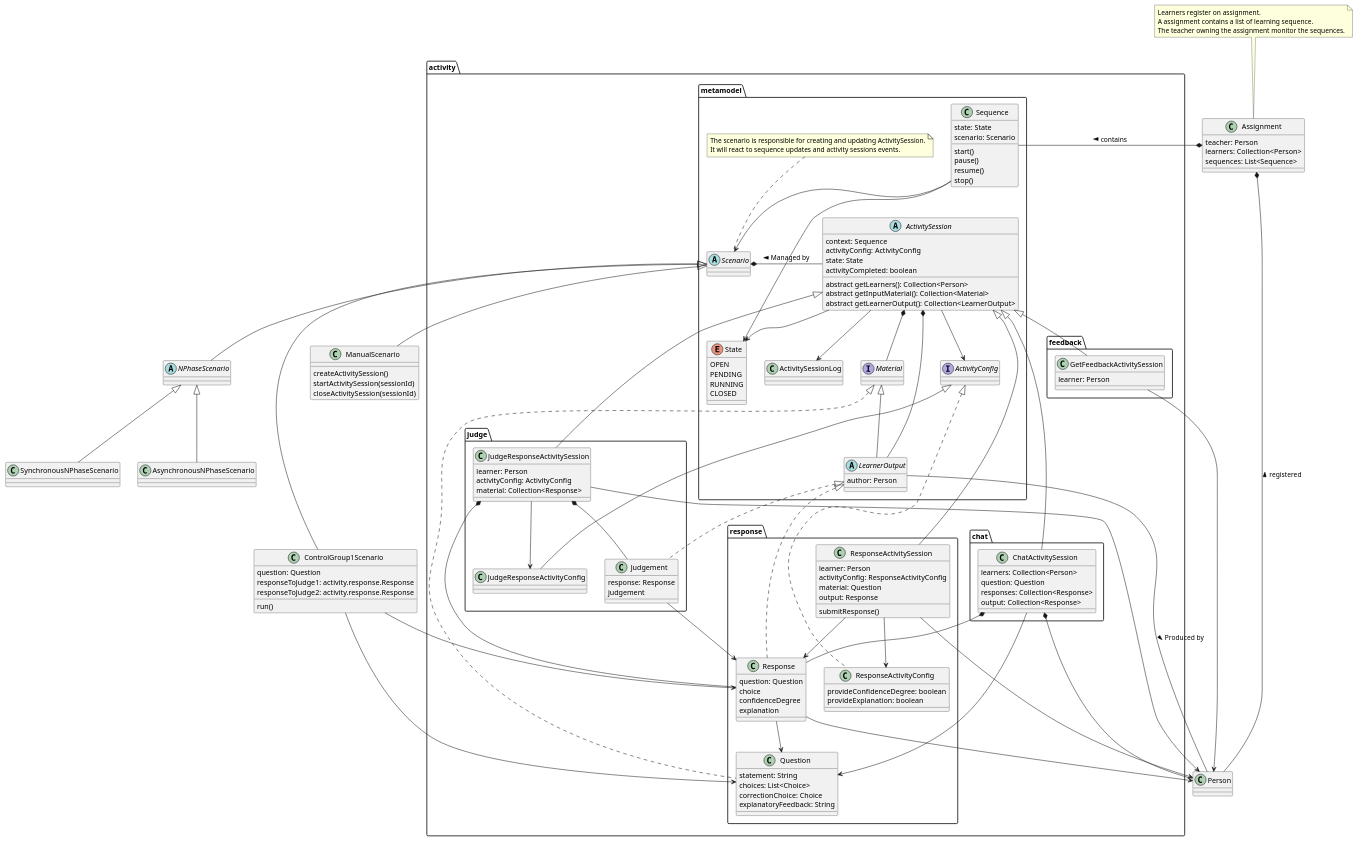
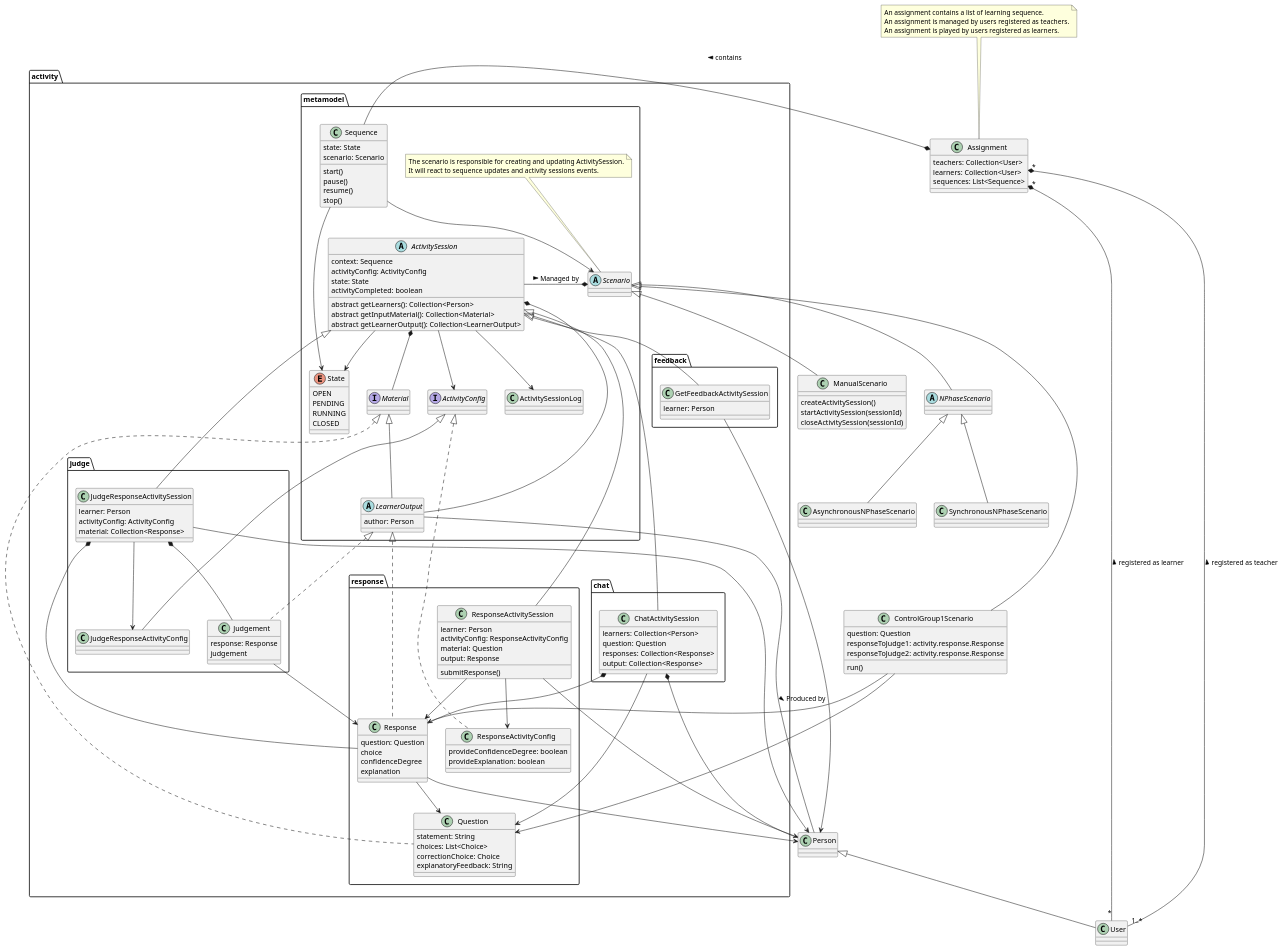
The diagram in doc/uml/ElaastiX.puml (elaastic/ElaastiX), drawn with PlantUML before and after one commit.

Commit message:
doc(model): Update UML to reflect user roles in assignments
- Replace `Person` by `User` (person having a user account) in
`Assignment`
- Allow the assignment to be managed by a collection of teachers

```diff
--- a/doc/uml/ElaastiX.puml
+++ b/doc/uml/ElaastiX.puml
@@ -1,182 +1,184 @@
 @startuml
 'https://plantuml.com/class-diagram
 
 class Person
+class User extends Person
 
 class Assignment {
-    teacher: Person
-    learners: Collection<Person>
+    teachers: Collection<User>
+    learners: Collection<User>
     sequences: List<Sequence>
 }
 note top
-Learners register on assignment.
-A assignment contains a list of learning sequence.
-The teacher owning the assignment monitor the sequences.
+An assignment contains a list of learning sequence.
+An assignment is managed by users registered as teachers.
+An assignment is played by users registered as learners.
 end note
 
-Assignment *- Person : registered <
+Assignment "*" *- "*" User : registered as learner <
+Assignment "*" *- "1..*" User : registered as teacher <
 Assignment *- activity.metamodel.Sequence : contains >
 
 package activity.metamodel {
     abstract class Scenario
     note top
     The scenario is responsible for creating and updating ActivitySession.
     It will react to sequence updates and activity sessions events.
     end note
 
     class Sequence {
         state: State
         scenario: Scenario
         start()
         pause()
         resume()
         stop()
     }
 
     enum State {
             OPEN
             PENDING
             RUNNING
             CLOSED
         }
 
     Sequence --> State
     Sequence --> activity.metamodel.Scenario
 
     Scenario *- ActivitySession : Managed by <
 
     abstract class ActivitySession {
         context: Sequence
         activityConfig: ActivityConfig
         state: State
         activityCompleted: boolean
         abstract getLearners(): Collection<Person>
         abstract getInputMaterial(): Collection<Material>
         abstract getLearnerOutput(): Collection<LearnerOutput>
     }
 
     class ActivitySessionLog
 
     ActivitySession --> State
     ActivitySession --> ActivitySessionLog
     ActivitySession --> ActivityConfig
     ActivitySession *-- LearnerOutput
     ActivitySession *-- Material
 
 
     interface ActivityConfig
 
     interface Material
 
     abstract class LearnerOutput extends Material {
         author: Person
     }
 
     LearnerOutput -- Person : Produced by >
 }
 
 class ManualScenario extends activity.metamodel.Scenario {
     createActivitySession()
     startActivitySession(sessionId)
     closeActivitySession(sessionId)
 }
 
 abstract class NPhaseScenario extends activity.metamodel.Scenario
 
 class AsynchronousNPhaseScenario extends NPhaseScenario
 class SynchronousNPhaseScenario extends NPhaseScenario
 
 class ControlGroup1Scenario extends activity.metamodel.Scenario {
     question: Question
     responseToJudge1: activity.response.Response
     responseToJudge2: activity.response.Response
 
     run()
 }
 
 ControlGroup1Scenario --> activity.response.Question
 ControlGroup1Scenario --> activity.response.Response
 
 package activity.response {
     class ResponseActivitySession extends activity.metamodel.ActivitySession {
         learner: Person
         activityConfig: ResponseActivityConfig
         material: Question
         output: Response
 
         submitResponse()
     }
 
     ResponseActivitySession --> Person
     ResponseActivitySession --> Response
     ResponseActivitySession --> ResponseActivityConfig
 
     class ResponseActivityConfig implements activity.metamodel.ActivityConfig {
         provideConfidenceDegree: boolean
         provideExplanation: boolean
     }
 
     class Question implements activity.metamodel.Material {
         statement: String
         choices: List<Choice>
         correctionChoice: Choice
         explanatoryFeedback: String
     }
 
     class Response implements activity.metamodel.LearnerOutput {
         question: Question
         choice
         confidenceDegree
         explanation
     }
 
     Response --> Question
     Response --> Person
 }
 
 package activity.judge {
     class JudgeResponseActivitySession extends activity.metamodel.ActivitySession {
         learner: Person
         activityConfig: ActivityConfig
         material: Collection<Response>
     }
 
     class JudgeResponseActivityConfig extends activity.metamodel.ActivityConfig {
 
     }
 
     JudgeResponseActivitySession --> Person
     JudgeResponseActivitySession --> JudgeResponseActivityConfig
     JudgeResponseActivitySession *-- Judgement
     JudgeResponseActivitySession *-- activity.response.Response
 
     class Judgement implements activity.metamodel.LearnerOutput {
         response: Response
         judgement
 
     }
     Judgement --> activity.response.Response
 
 }
 
 package activity.chat {
     class ChatActivitySession extends activity.metamodel.ActivitySession {
         learners: Collection<Person>
         question: Question
         responses: Collection<Response>
         output: Collection<Response>
     }
 
     ChatActivitySession *-- Person
     ChatActivitySession --> Question
     ChatActivitySession *-- activity.response.Response
 }
 
 package activity.feedback {
     class GetFeedbackActivitySession extends activity.metamodel.ActivitySession {
         learner: Person
     }
 
     GetFeedbackActivitySession --> Person
 }
 @enduml
```
